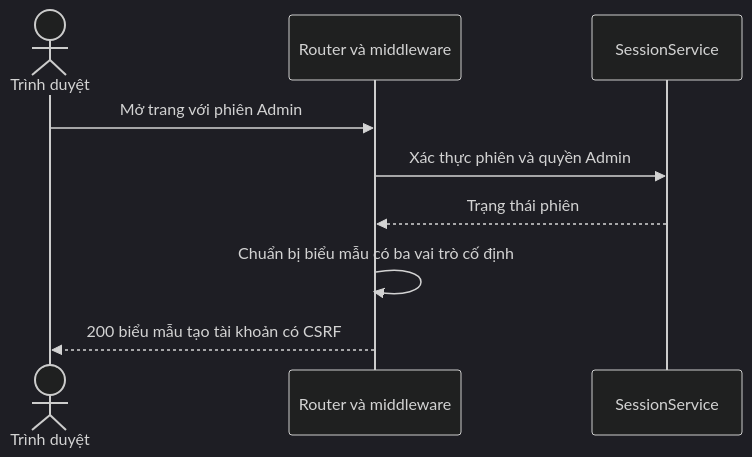
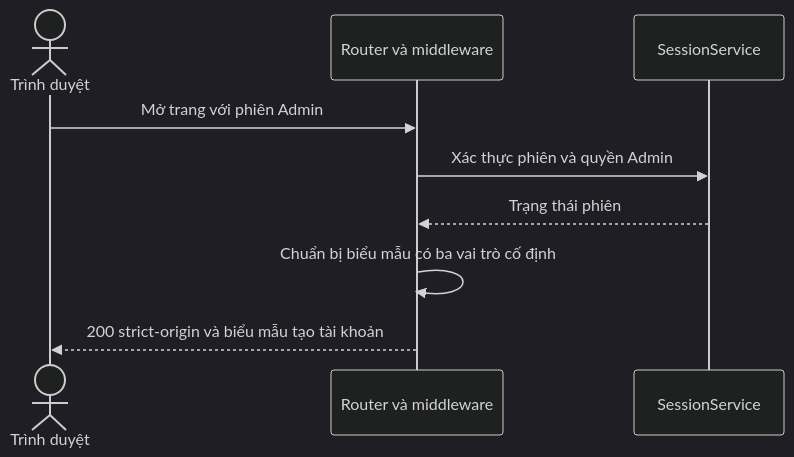
One commit to thanhklt/sobie-swimwear-e-commerce changed the diagram in docs/sequence/identity/get-admin-accounts-new.md. Above: the diagram before and after it, drawn with Mermaid (dark theme). The commit also changed 27 other files, not shown here.

First line of the commit message:
refactor(identity): drop CSRF token, enforce Origin on all write requests

````diff
--- a/docs/sequence/identity/get-admin-accounts-new.md
+++ b/docs/sequence/identity/get-admin-accounts-new.md
@@ -5,11 +5,11 @@
 ```mermaid
 sequenceDiagram
     actor Browser as Trình duyệt
     participant Route as Router và middleware
     participant Service as SessionService
     Browser->>Route: Mở trang với phiên Admin
     Route->>Service: Xác thực phiên và quyền Admin
     Service-->>Route: Trạng thái phiên
     Route->>Route: Chuẩn bị biểu mẫu có ba vai trò cố định
-    Route-->>Browser: 200 biểu mẫu tạo tài khoản có CSRF
+    Route-->>Browser: 200 strict-origin và biểu mẫu tạo tài khoản
 ```
````
